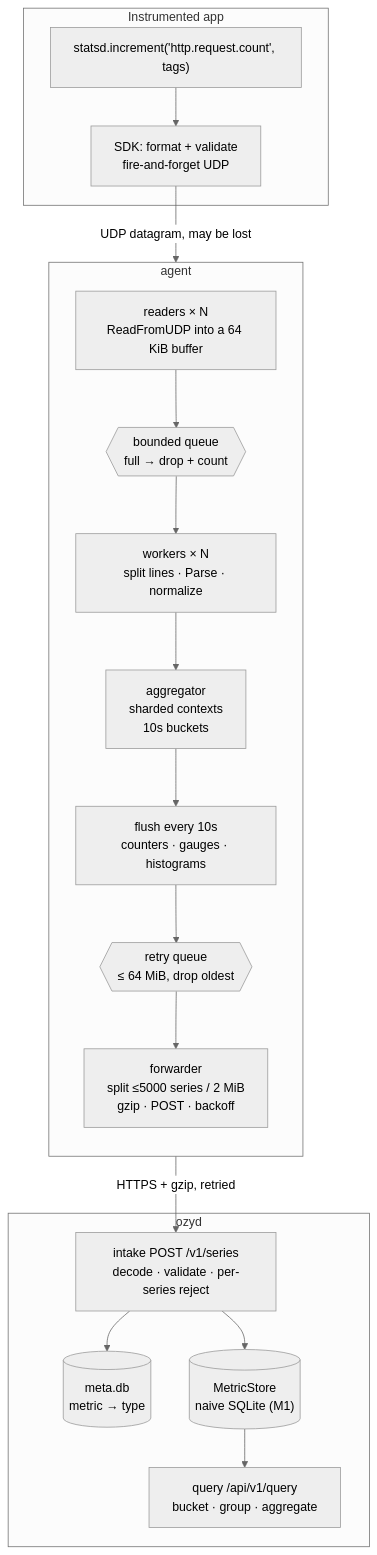
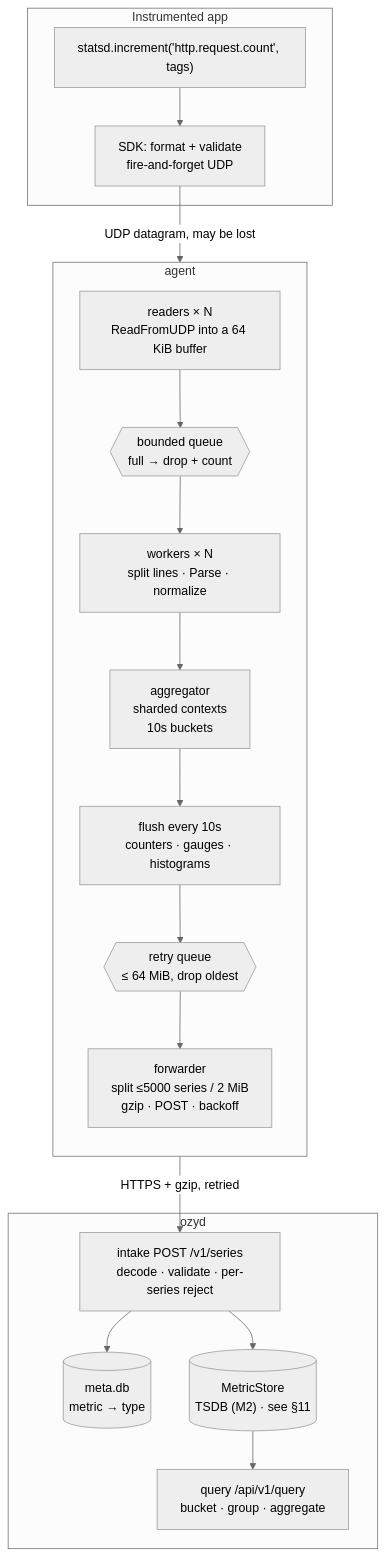
One commit to tuvo1106/ozymandias changed the second of 3 diagrams in DESIGN.md. Above: the diagram before and after it, drawn with Mermaid (neutral theme). The commit also changed other lines of this file and 119 other files, not shown here.

````diff
--- a/DESIGN.md
+++ b/DESIGN.md
@@ -188,31 +188,31 @@
 ```mermaid
 flowchart TB
     subgraph app["Instrumented app"]
         CALL["statsd.increment('http.request.count', tags)"]
         FMT["SDK: format + validate<br/>fire-and-forget UDP"]
     end
 
     subgraph ag["agent"]
         direction TB
         RD["readers × N<br/>ReadFromUDP into a 64 KiB buffer"]
         Q{{"bounded queue<br/>full → drop + count"}}
         WK["workers × N<br/>split lines · Parse · normalize"]
         AGG["aggregator<br/>sharded contexts<br/>10s buckets"]
         FLUSH["flush every 10s<br/>counters · gauges · histograms"]
         FWQ{{"retry queue<br/>≤ 64 MiB, drop oldest"}}
         FW["forwarder<br/>split ≤5000 series / 2 MiB<br/>gzip · POST · backoff"]
     end
 
     subgraph dd["ozyd"]
         IN["intake POST /v1/series<br/>decode · validate · per-series reject"]
         META[("meta.db<br/>metric → type")]
-        ST[("MetricStore<br/>naive SQLite (M1)")]
+        ST[("MetricStore<br/>TSDB (M2) · see §11")]
         QRY["query /api/v1/query<br/>bucket · group · aggregate"]
     end
 
     CALL --> FMT -- "UDP datagram, may be lost" --> RD
     RD --> Q --> WK --> AGG --> FLUSH --> FWQ --> FW
     FW -- "HTTPS + gzip, retried" --> IN
     IN --> META & ST
     ST --> QRY
 ```
````
